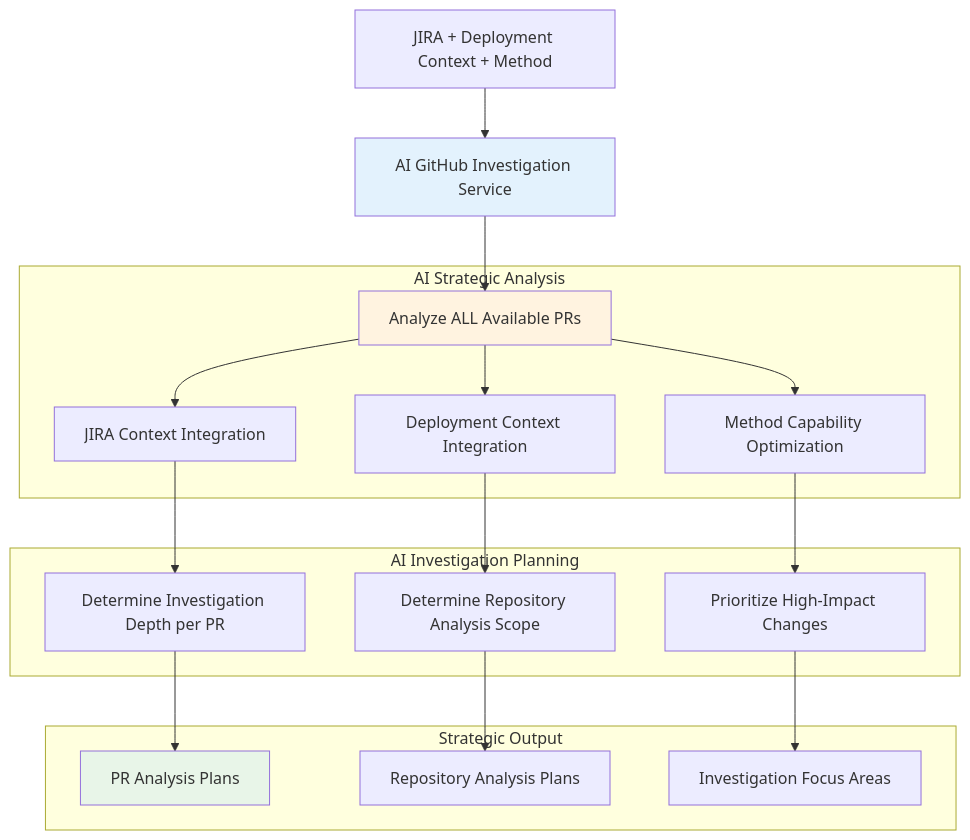
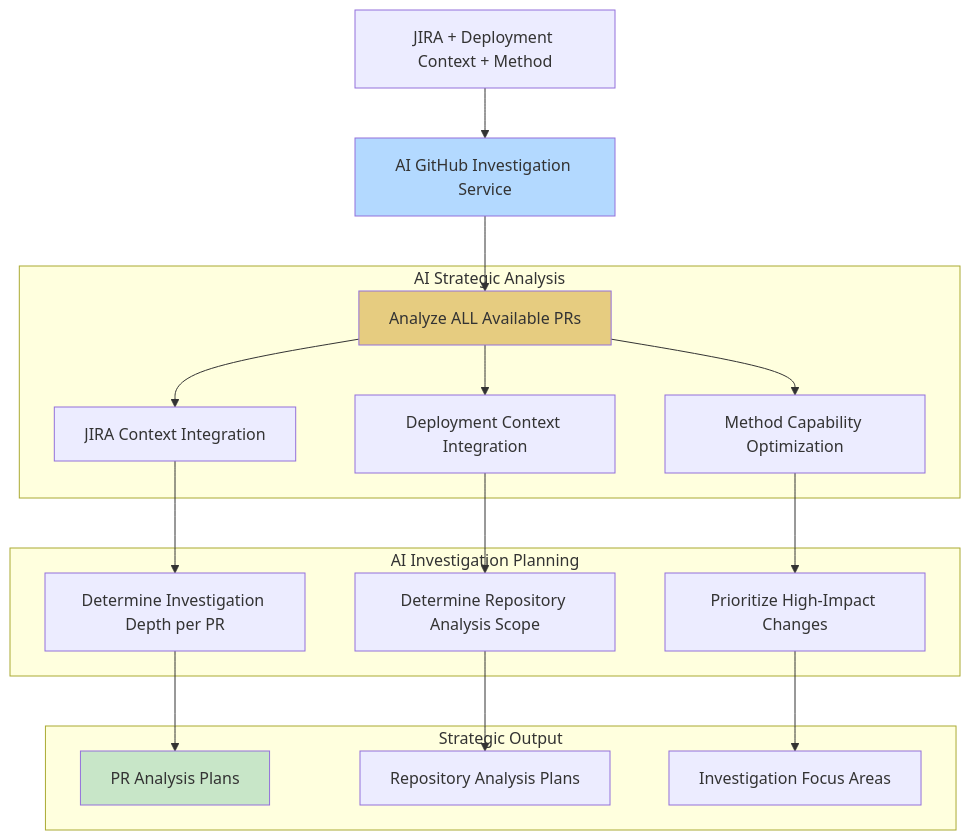
Before and after one commit to stolostron/ai-test-gen: diagram 20 of 29 in apps/claude-test-generator/docs/framework-workflow-details.md, drawn with Mermaid. The commit also changed other lines of this file and 15 other files, not shown here.

First line of the commit message:
🛡️ CRITICAL SECURITY: Implement comprehensive AI security architecture

````diff
--- a/apps/claude-test-generator/docs/framework-workflow-details.md
+++ b/apps/claude-test-generator/docs/framework-workflow-details.md
@@ -1154,42 +1132,42 @@
 ```mermaid
 flowchart TD
     CONTEXT[JIRA + Deployment Context + Method]
     AI_SERVICE[AI GitHub Investigation Service]
     
     subgraph "AI Strategic Analysis"
         ANALYZE[Analyze ALL Available PRs]
         JIRA_INT[JIRA Context Integration]
         DEPLOY_INT[Deployment Context Integration]
         METHOD_OPT[Method Capability Optimization]
     end
     
     subgraph "AI Investigation Planning"
         DEPTH[Determine Investigation Depth per PR]
         SCOPE[Determine Repository Analysis Scope]
         PRIORITY[Prioritize High-Impact Changes]
     end
     
     subgraph "Strategic Output"
         PR_PLANS[PR Analysis Plans]
         REPO_PLANS[Repository Analysis Plans]
         FOCUS[Investigation Focus Areas]
     end
     
     CONTEXT --> AI_SERVICE
     AI_SERVICE --> ANALYZE
     ANALYZE --> JIRA_INT
     ANALYZE --> DEPLOY_INT
     ANALYZE --> METHOD_OPT
     
     JIRA_INT --> DEPTH
     DEPLOY_INT --> SCOPE
     METHOD_OPT --> PRIORITY
     
     DEPTH --> PR_PLANS
     SCOPE --> REPO_PLANS
     PRIORITY --> FOCUS
     
-    style AI_SERVICE fill:#e3f2fd
-    style ANALYZE fill:#fff3e0
-    style PR_PLANS fill:#e8f5e8
+    style AI_SERVICE fill:#b3d9ff
+    style ANALYZE fill:#e6cc80
+    style PR_PLANS fill:#c8e6c8
 ```
````
